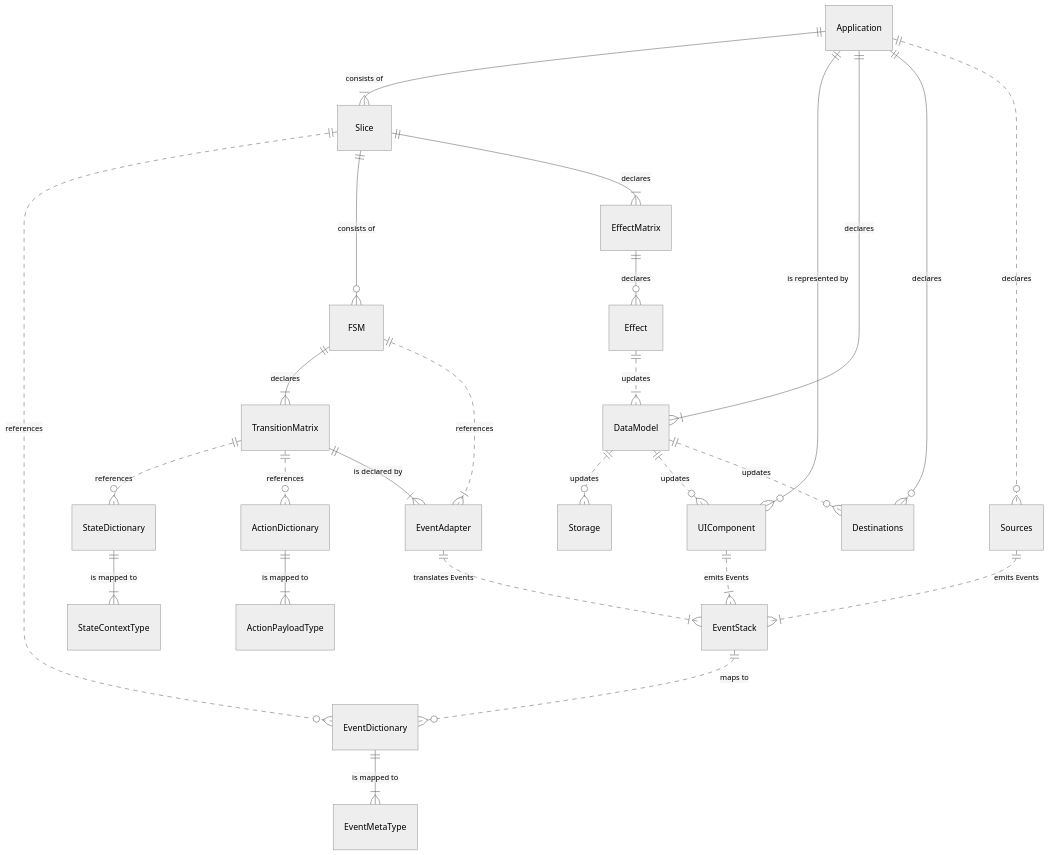
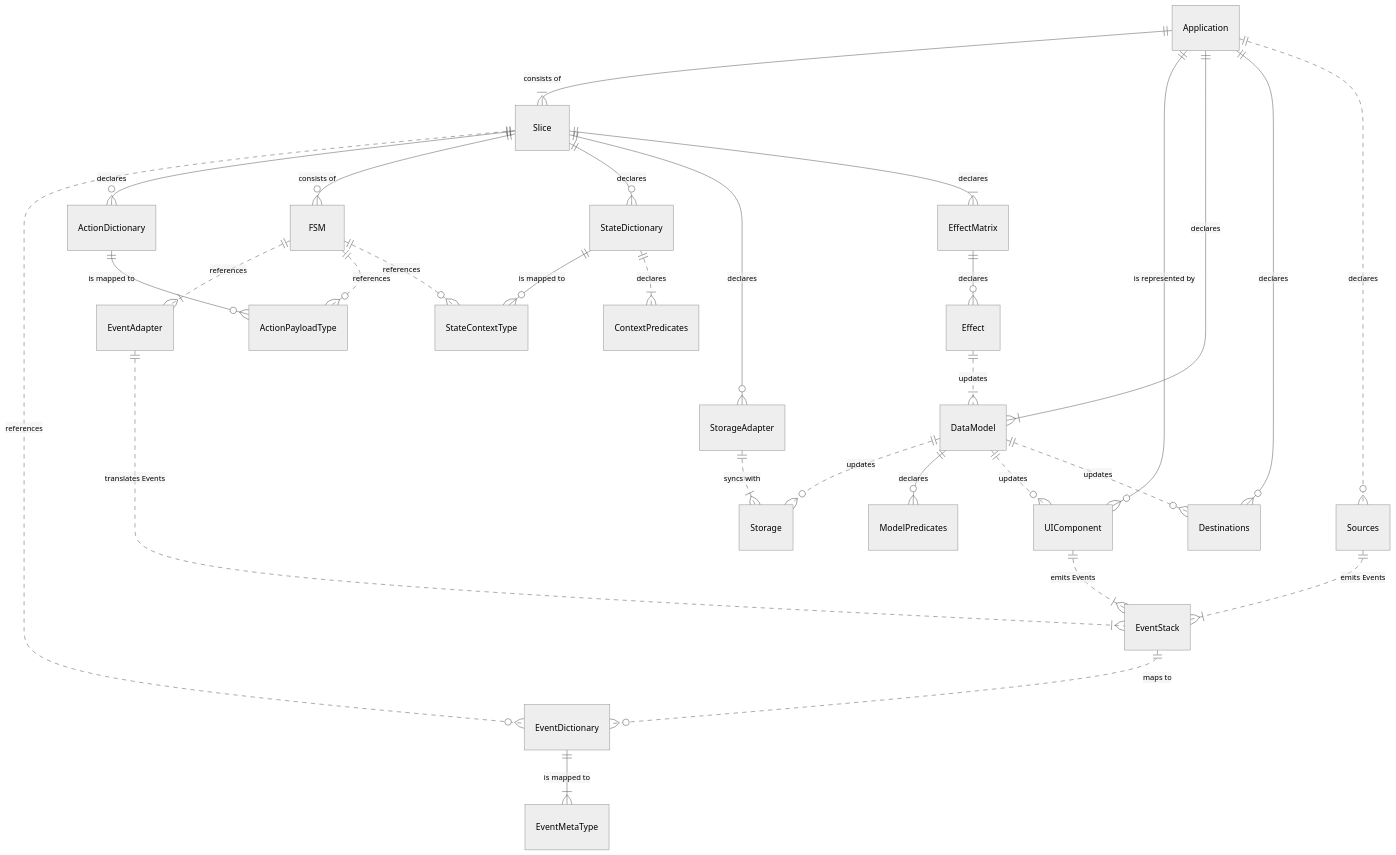
The first of 2 diagrams in README.md (tfcp68/yantrix), drawn with Mermaid (neutral theme) before and after one commit. The commit also changed other lines of this file and 39 other files, not shown here.

First line of the commit message:
Merge mermaid-parser, ActionDictionary and husky config (#9)

````diff
--- a/README.md
+++ b/README.md
@@ -33,28 +71,32 @@
 ```mermaid
 erDiagram
-    DataModel ||..o{ Storage: "updates"    
+    DataModel ||..o{ Storage: "updates"
+    DataModel ||--o{ ModelPredicates: declares
     DataModel ||..o{ UIComponent: "updates"
     UIComponent ||..|{ EventStack: "emits Events"
-    StateDictionary ||--|{ StateContextType: "is mapped to"
-    ActionDictionary ||--|{ ActionPayloadType: "is mapped to"
     EventDictionary ||--|{ EventMetaType: "is mapped to"
-    TransitionMatrix ||..o{ StateDictionary: references
-    TransitionMatrix ||..o{ ActionDictionary: references
-    TransitionMatrix ||--|{ EventAdapter : "is declared by"
     EventStack ||..o{ EventDictionary: "maps to"
-    FSM ||--|{ TransitionMatrix: declares
     FSM ||..|{ EventAdapter: references
+    FSM ||..o{ ActionPayloadType: references
+    FSM ||..o{ StateContextType: references
+    StorageAdapter ||..|{ Storage: "syncs with"
     Slice ||..o{ EventDictionary: references
+    Slice ||--o{ ActionDictionary: declares
     Slice ||--o{ FSM: "consists of"
+    Slice ||--o{ StateDictionary: declares
+    Slice ||--o{ StorageAdapter: declares
     Slice ||--|{ EffectMatrix: declares
+    StateDictionary ||--o{ StateContextType: "is mapped to"
+    StateDictionary ||..|{ ContextPredicates: "declares"
+    ActionDictionary ||--o{ ActionPayloadType: "is mapped to"
     Effect ||..|{ DataModel: updates
     EffectMatrix ||--o{ Effect: declares
     Application ||--|{ Slice: "consists of"
-    Application ||--o{ UIComponent: "is represented by"       
+    Application ||--o{ UIComponent: "is represented by"
     Application ||--|{ DataModel: declares
     DataModel ||..o{ Destinations: updates
     Application ||--o{ Destinations: declares
     EventAdapter ||..|{ EventStack: "translates Events"
     Sources ||..|{ EventStack: "emits Events"
     Application ||..o{ Sources: "declares"
 ```
````
